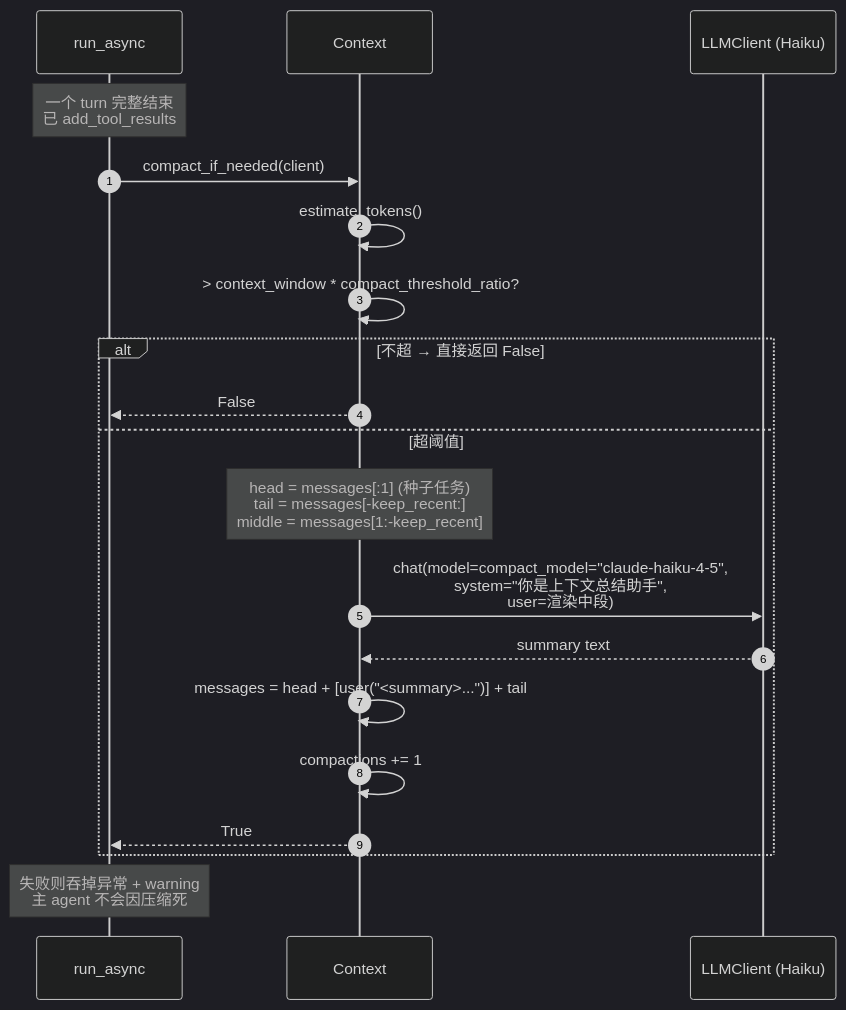
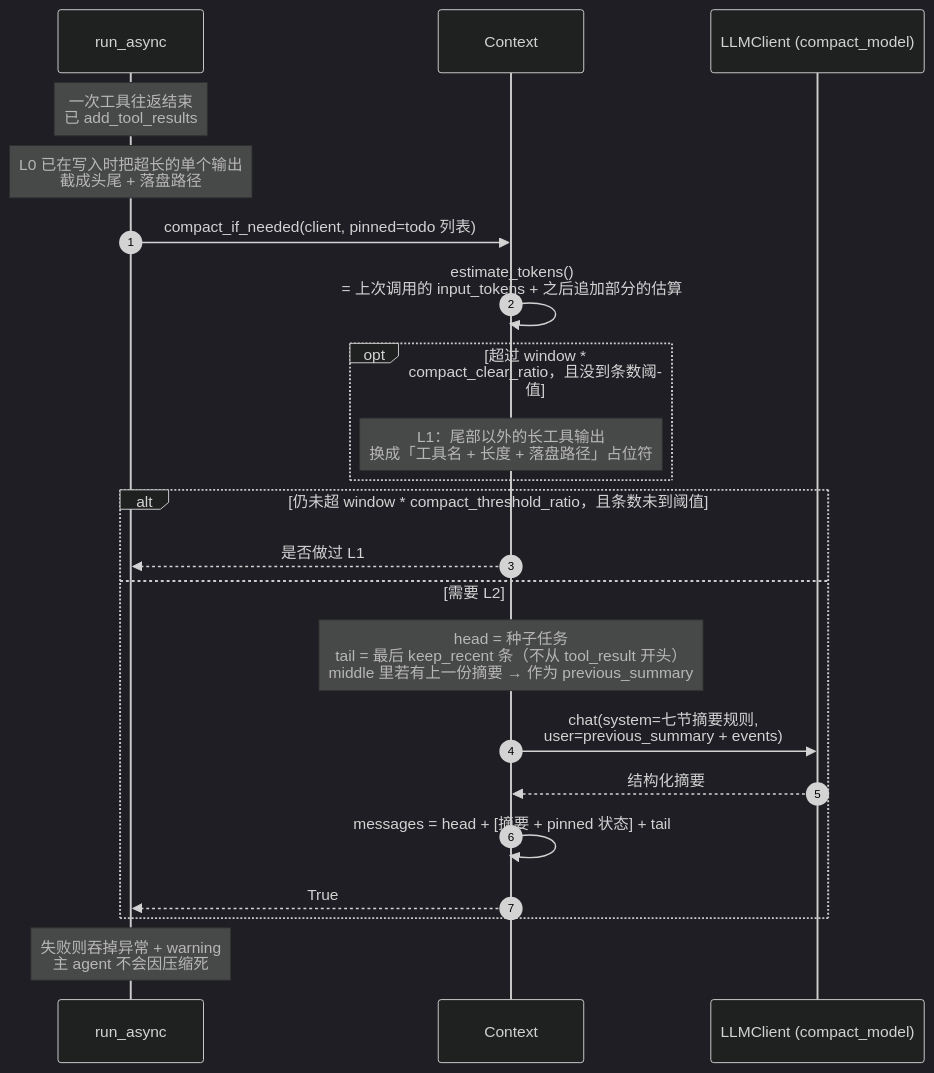
The sixth of 9 diagrams in docs/flow-diagrams.md (muamuauh/codelet), drawn with Mermaid (dark theme) before and after one commit. The commit also changed other lines of this file and 15 other files, not shown here.

````diff
--- a/docs/flow-diagrams.md
+++ b/docs/flow-diagrams.md
@@ -241,23 +241,25 @@
 ```mermaid
 sequenceDiagram
     autonumber
     participant LP as run_async
     participant CTX as Context
-    participant LLM as LLMClient (Haiku)
+    participant LLM as LLMClient (compact_model)
 
-    Note over LP: 一个 turn 完整结束<br/>已 add_tool_results
-    LP->>CTX: compact_if_needed(client)
-    CTX->>CTX: estimate_tokens()
-    CTX->>CTX: > context_window * compact_threshold_ratio?
-    alt 不超 → 直接返回 False
-        CTX-->>LP: False
-    else 超阈值
-        Note over CTX: head = messages[:1] (种子任务)<br/>tail = messages[-keep_recent:]<br/>middle = messages[1:-keep_recent]
-        CTX->>LLM: chat(model=compact_model="claude-haiku-4-5",<br/>system="你是上下文总结助手",<br/>user=渲染中段)
-        LLM-->>CTX: summary text
-        CTX->>CTX: messages = head + [user("<summary>...")] + tail
-        CTX->>CTX: compactions += 1
+    Note over LP: 一次工具往返结束<br/>已 add_tool_results
+    Note over LP: L0 已在写入时把超长的单个输出<br/>截成头尾 + 落盘路径
+    LP->>CTX: compact_if_needed(client, pinned=todo 列表)
+    CTX->>CTX: estimate_tokens()<br/>= 上次调用的 input_tokens + 之后追加部分的估算
+    opt 超过 window * compact_clear_ratio，且没到条数阈值
+        Note over CTX: L1：尾部以外的长工具输出<br/>换成「工具名 + 长度 + 落盘路径」占位符
+    end
+    alt 仍未超 window * compact_threshold_ratio，且条数未到阈值
+        CTX-->>LP: 是否做过 L1
+    else 需要 L2
+        Note over CTX: head = 种子任务<br/>tail = 最后 keep_recent 条（不从 tool_result 开头）<br/>middle 里若有上一份摘要 → 作为 previous_summary
+        CTX->>LLM: chat(system=七节摘要规则,<br/>user=previous_summary + events)
+        LLM-->>CTX: 结构化摘要
+        CTX->>CTX: messages = head + [摘要 + pinned 状态] + tail
         CTX-->>LP: True
     end
     Note over LP: 失败则吞掉异常 + warning<br/>主 agent 不会因压缩死
 ```
````
